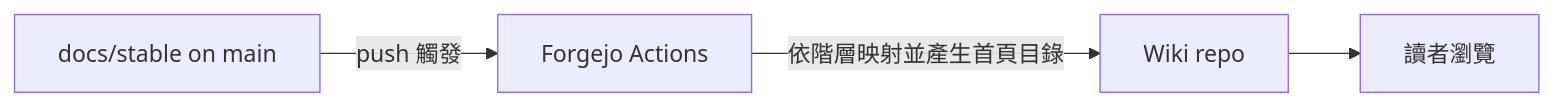
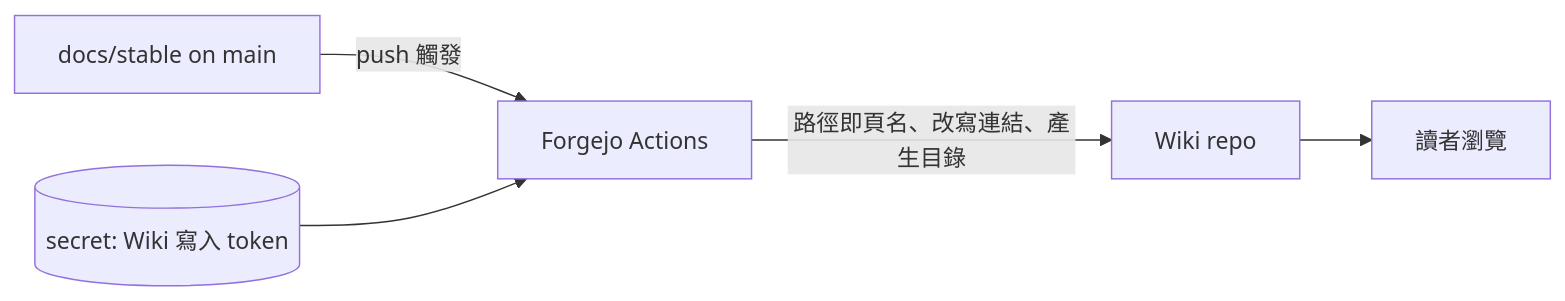
One commit to lanyitin/runline changed the diagram in docs/stable/wiki-mirror/README.md. Above: the diagram before and after it, drawn with Mermaid. The commit also changed other lines of this file and 6 other files, not shown here.

````diff
--- a/docs/stable/wiki-mirror/README.md
+++ b/docs/stable/wiki-mirror/README.md
@@ -21,6 +23,7 @@
 ```mermaid
 flowchart LR
   A[docs/stable on main] -->|push 觸發| B[Forgejo Actions]
-  B -->|依階層映射並產生首頁目錄| C[Wiki repo]
+  S[(secret: Wiki 寫入 token)] --> B
+  B -->|路徑即頁名、改寫連結、產生目錄| C[Wiki repo]
   C --> D[讀者瀏覽]
 ```
````
